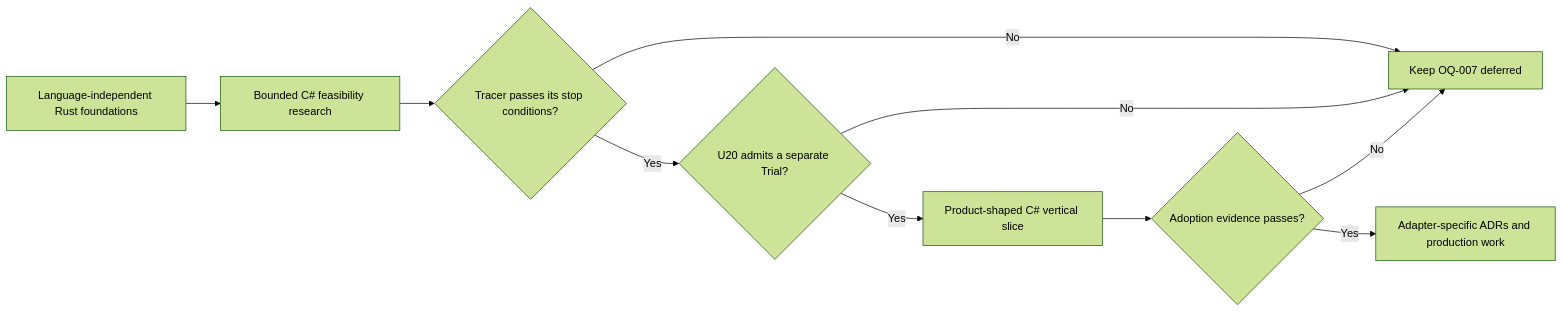
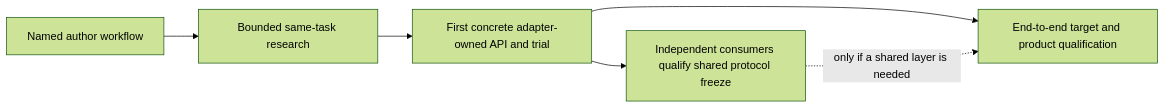
The diagram in docs/architecture/open-questions.md (Latias94/nara), drawn with Mermaid (forest theme) before and after one commit. The commit also changed other lines of this file and 39 other files, not shown here.

First line of the commit message:
docs(architecture): rebaseline foundation and extension design

````diff
--- a/docs/architecture/open-questions.md
+++ b/docs/architecture/open-questions.md
@@ -141,12 +136,8 @@
 ```mermaid
 flowchart LR
-  F[Language-independent Rust foundations] --> R[Bounded C# feasibility research]
-  R --> G{Tracer passes its stop conditions?}
-  G -->|No| H[Keep OQ-007 deferred]
-  G -->|Yes| D{U20 admits a separate Trial?}
-  D -->|No| H[Keep OQ-007 deferred]
-  D -->|Yes| T[Product-shaped C# vertical slice]
-  T --> A{Adoption evidence passes?}
-  A -->|No| H
-  A -->|Yes| P[Adapter-specific ADRs and production work]
+  W[Named author workflow] --> R[Bounded same-task research]
+  R --> C[First concrete adapter-owned API and trial]
+  C --> S[Independent consumers qualify shared protocol freeze]
+  C --> P[End-to-end target and product qualification]
+  S -. only if a shared layer is needed .-> P
 ```
````
